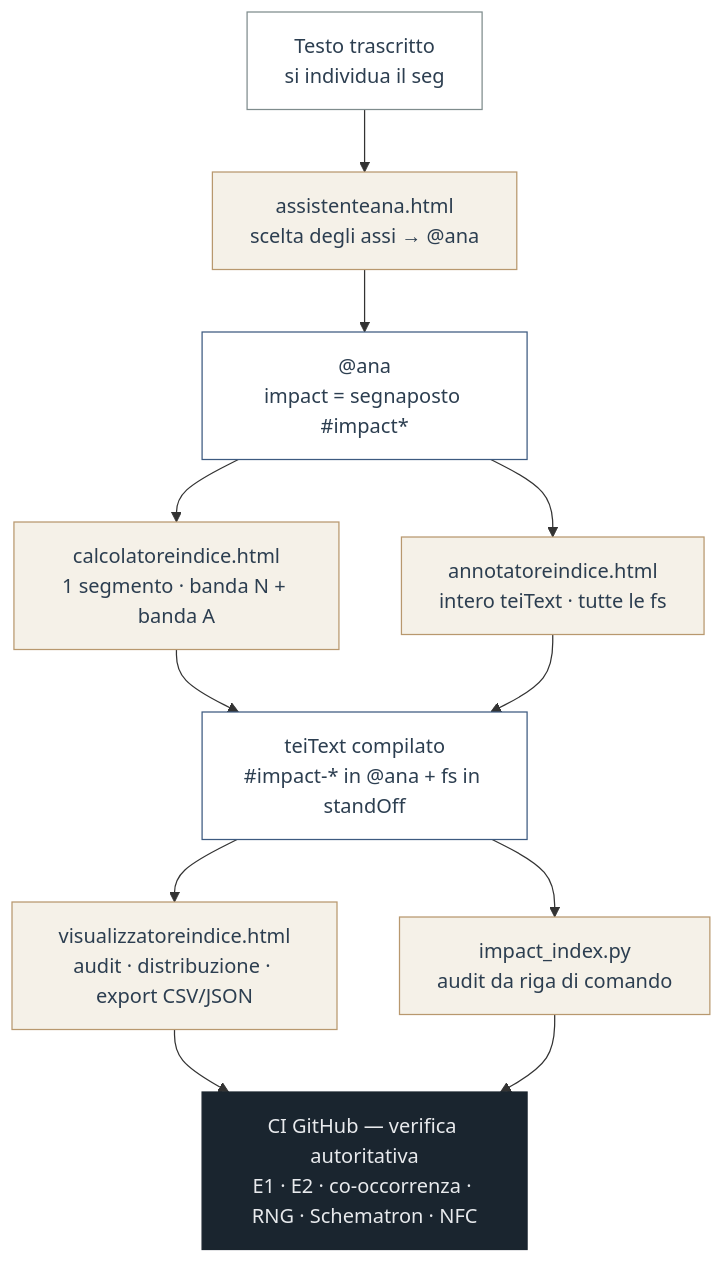
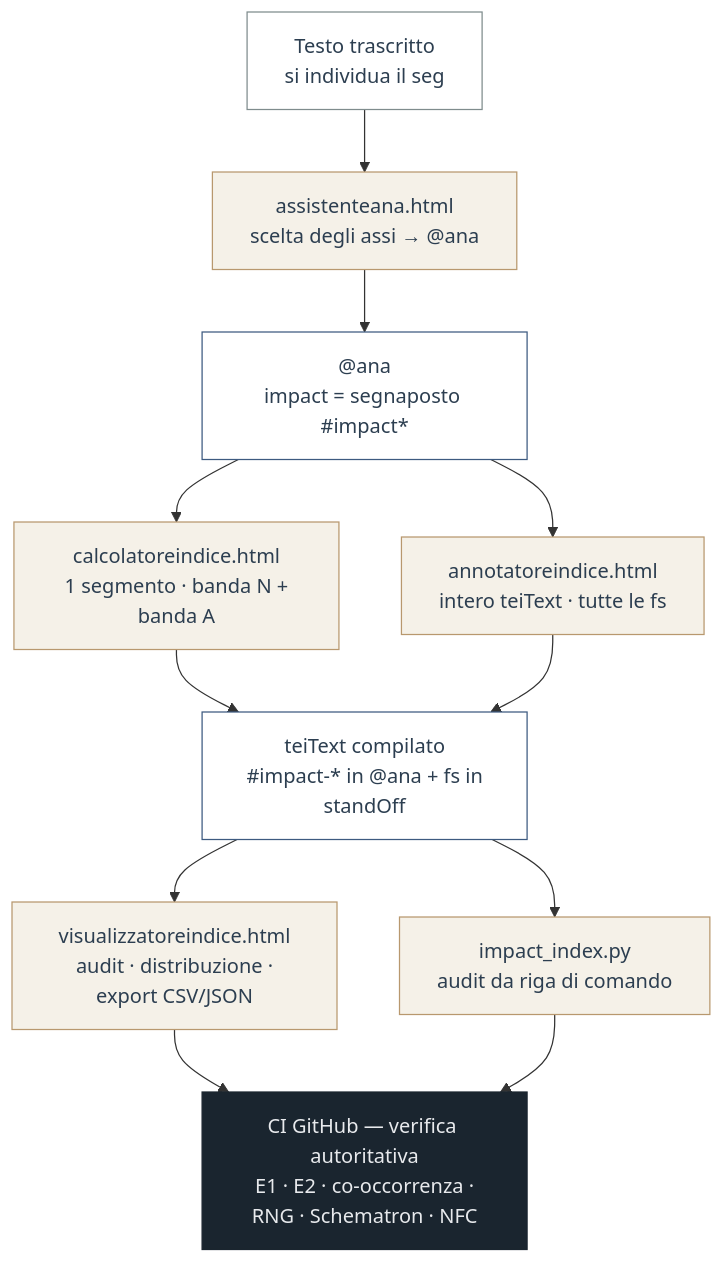
One commit to luciano-longo77/castello-anima-TEI-IA changed the diagram in tools/README.md. Above: the diagram before and after it, drawn with Mermaid.

````diff
--- a/tools/README.md
+++ b/tools/README.md
@@ -18,18 +18,18 @@
 ```mermaid
 flowchart TD
-    A["Testo trascritto<br/>si individua il seg"]:::step --> B["assistenteana.html<br/>scelta degli assi → @ana"]:::tool
+    A["Testo trascritto<br/> si individua il seg"]:::step --> B["assistenteana.html<br/> scelta degli assi → @ana"]:::tool
     B --> C["@ana<br/>impact = segnaposto #impact*"]:::data
-    C --> D["calcolatoreindice.html<br/>1 segmento · banda N + banda A"]:::tool
-    C --> E["annotatoreindice.html<br/>intero teiText · tutte le fs"]:::tool
-    D --> F["teiText compilato<br/>#impact-* in @ana + fs in standOff"]:::data
+    C --> D["calcolatoreindice.html<br/> 1 segmento · banda N + banda A"]:::tool
+    C --> E["annotatoreindice.html<br/> intero teiText · tutte le fs"]:::tool
+    D --> F["teiText compilato<br/> #impact-* in @ana + fs in standOff"]:::data
     E --> F
-    F --> G["visualizzatoreindice.html<br/>audit · distribuzione · export CSV/JSON"]:::tool
-    F --> H["impact_index.py<br/>audit da riga di comando"]:::tool
-    G --> I["CI GitHub — verifica autoritativa<br/>E1 · E2 · co-occorrenza · RNG · Schematron · NFC"]:::ci
+    F --> G["visualizzatoreindice.html<br/> audit · distribuzione · export CSV/JSON"]:::tool
+    F --> H["impact_index.py<br/> audit da riga di comando"]:::tool
+    G --> I["CI GitHub — verifica autoritativa<br/> E1 · E2 · co-occorrenza · RNG · Schematron · NFC"]:::ci
     H --> I
 
     classDef step fill:#ffffff,stroke:#7f8c8d,color:#2c3e50;
     classDef tool fill:#f5f1e8,stroke:#b8986e,color:#2c3e50;
     classDef data fill:#ffffff,stroke:#3d5a80,color:#2c3e50;
     classDef ci fill:#1a252f,stroke:#1a252f,color:#e8eaed;
 ```
````
